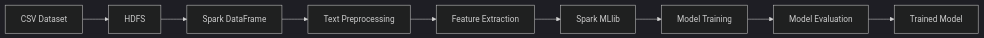
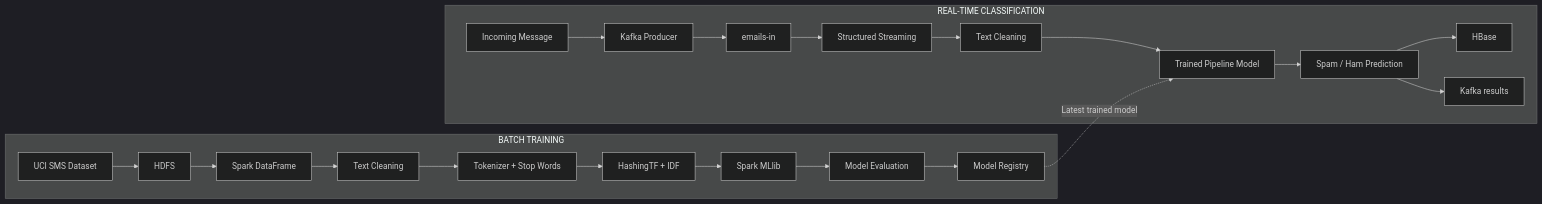
One commit to Tanishq1706P/Spam-Classifier changed the third of 3 diagrams in README.md. Above: the diagram before and after it, drawn with Mermaid (dark theme). The commit also changed other lines of this file, not shown here.

````diff
--- a/README.md
+++ b/README.md
@@ -83,11 +438,26 @@
 ```mermaid
 flowchart LR
-    A[CSV Dataset] --> B[HDFS]
-    B --> C[Spark DataFrame]
-    C --> D[Text Preprocessing]
-    D --> E[Feature Extraction]
-    E --> F[Spark MLlib]
-    F --> G[Model Training]
-    G --> H[Model Evaluation]
-    H --> I[Trained Model]
+    subgraph BATCH["BATCH TRAINING"]
+        A["UCI SMS Dataset"] --> B["HDFS"]
+        B --> C["Spark DataFrame"]
+        C --> D["Text Cleaning"]
+        D --> E["Tokenizer + Stop Words"]
+        E --> F["HashingTF + IDF"]
+        F --> G["Spark MLlib"]
+        G --> H["Model Evaluation"]
+        H --> I["Model Registry"]
+    end
+
+    subgraph STREAM["REAL-TIME CLASSIFICATION"]
+        J["Incoming Message"] --> K["Kafka Producer"]
+        K --> L["emails-in"]
+        L --> M["Structured Streaming"]
+        M --> N["Text Cleaning"]
+        N --> O["Trained Pipeline Model"]
+        O --> P["Spam / Ham Prediction"]
+        P --> Q["HBase"]
+        P --> R["Kafka results"]
+    end
+
+    I -. "Latest trained model" .-> O
 ```
````
